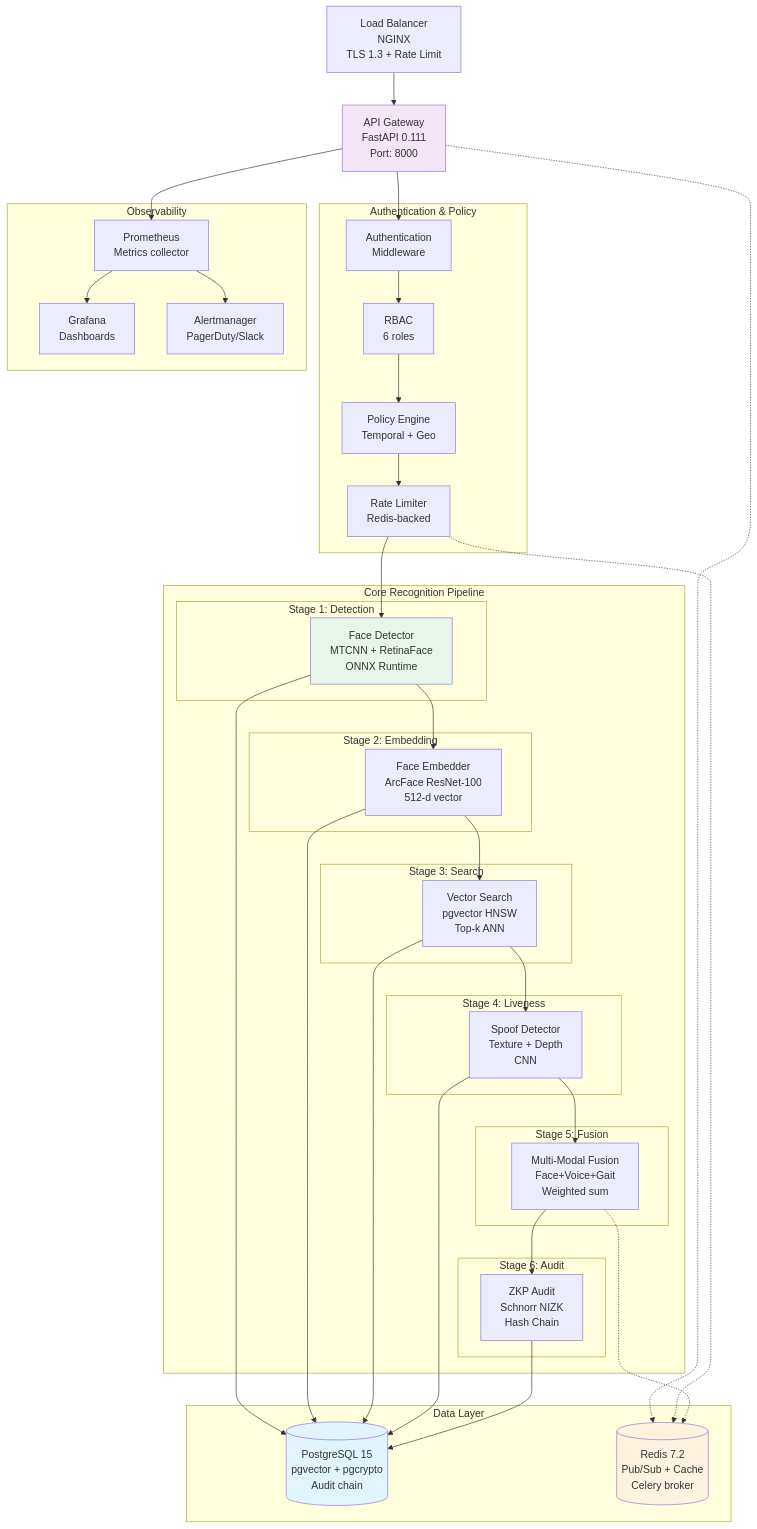
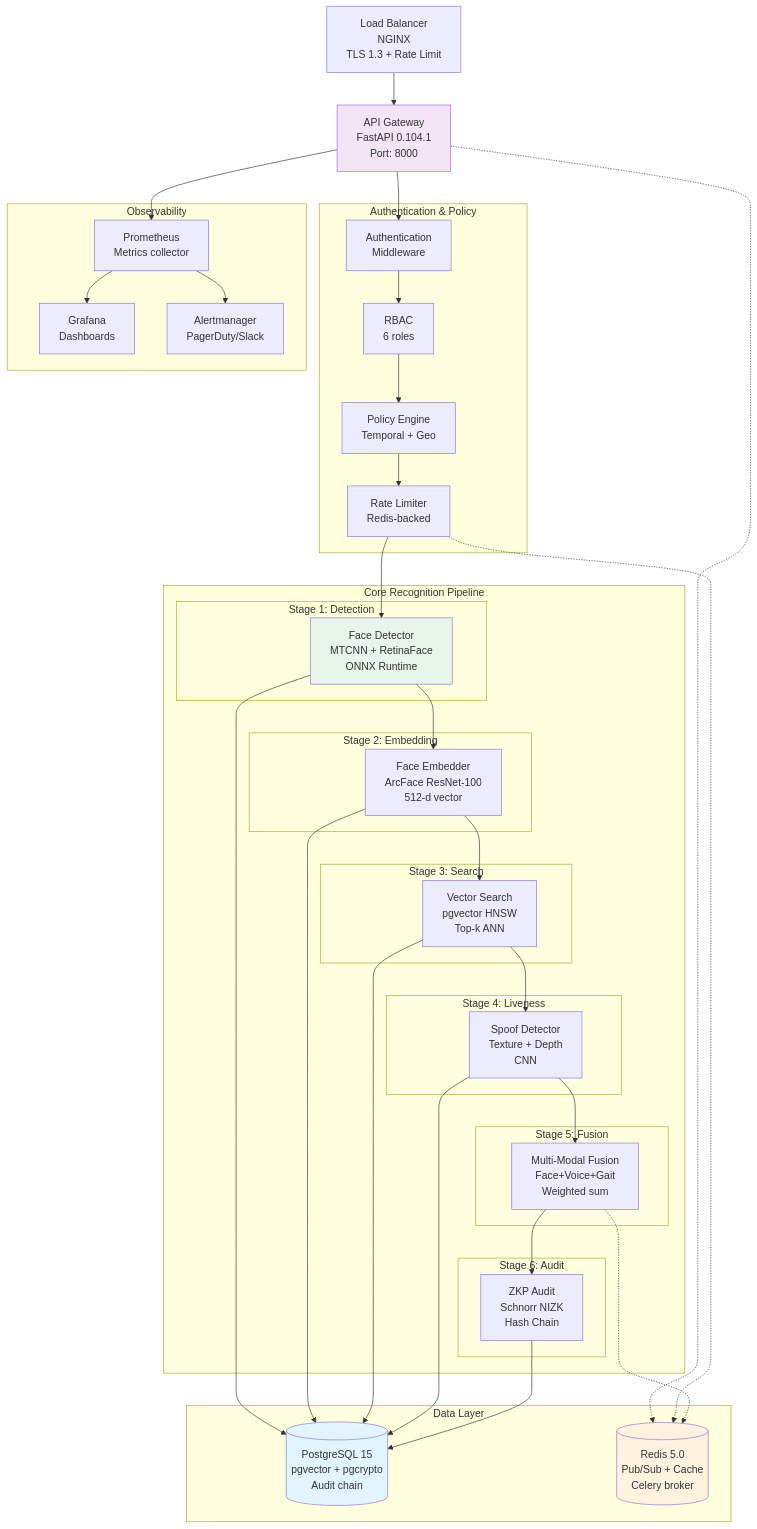
Before and after one commit to Blackdrg/AI-f-cybersecurity: the diagram in README.md, drawn with Mermaid. The commit also changed other lines of this file and 33 other files, not shown here.

````diff
--- a/README.md
+++ b/README.md
@@ -37,75 +37,75 @@
 ```mermaid
 graph TB
     LB[Load Balancer<br/>NGINX<br/>TLS 1.3 + Rate Limit]
-    API[API Gateway<br/>FastAPI 0.111<br/>Port: 8000]
+    API[API Gateway<br/>FastAPI 0.104.1<br/>Port: 8000]
     
     subgraph "Authentication & Policy"
         AUTH[Authentication<br/>Middleware]
         RBAC[RBAC<br/>6 roles]
         POLICY[Policy Engine<br/>Temporal + Geo]
         RATE[Rate Limiter<br/>Redis-backed]
     end
     
     subgraph "Core Recognition Pipeline"
         subgraph "Stage 1: Detection"
             FD[Face Detector<br/>MTCNN + RetinaFace<br/>ONNX Runtime]
         end
         subgraph "Stage 2: Embedding"
             FE[Face Embedder<br/>ArcFace ResNet-100<br/>512-d vector]
         end
         subgraph "Stage 3: Search"
             VS[Vector Search<br/>pgvector HNSW<br/>Top-k ANN]
         end
         subgraph "Stage 4: Liveness"
             SD[Spoof Detector<br/>Texture + Depth<br/>CNN]
         end
         subgraph "Stage 5: Fusion"
             MF[Multi-Modal Fusion<br/>Face+Voice+Gait<br/>Weighted sum]
         end
         subgraph "Stage 6: Audit"
             ZKP[ZKP Audit<br/>Schnorr NIZK<br/>Hash Chain]
         end
     end
     
-    subgraph "Data Layer"
-        PG[(PostgreSQL 15<br/>pgvector + pgcrypto<br/>Audit chain)]
-        REDIS[(Redis 7.2<br/>Pub/Sub + Cache<br/>Celery broker)]
-    end
+     subgraph "Data Layer"
+         PG[(PostgreSQL 15<br/>pgvector + pgcrypto<br/>Audit chain)]
+         REDIS[(Redis 5.0<br/>Pub/Sub + Cache<br/>Celery broker)]
+     end
     
     subgraph "Observability"
         MET[Prometheus<br/>Metrics collector]
         GRA[Grafana<br/>Dashboards]
         ALERT[Alertmanager<br/>PagerDuty/Slack]
     end
     
     LB --> API
     API --> AUTH
     AUTH --> RBAC
     RBAC --> POLICY
     POLICY --> RATE
     RATE --> FD
     FD --> FE
     FE --> VS
     VS --> SD
     SD --> MF
     MF --> ZKP
     
     FD --> PG
     FE --> PG
     VS --> PG
     SD --> PG
     ZKP --> PG
     
     API -.-> REDIS
     RATE -.-> REDIS
     MF -.-> REDIS
     
     API --> MET
     MET --> GRA
     MET --> ALERT
     
     style PG fill:#e1f5ff
     style REDIS fill:#fff3e0
     style API fill:#f3e5f5
     style FD fill:#e8f5e9
 ```
````
